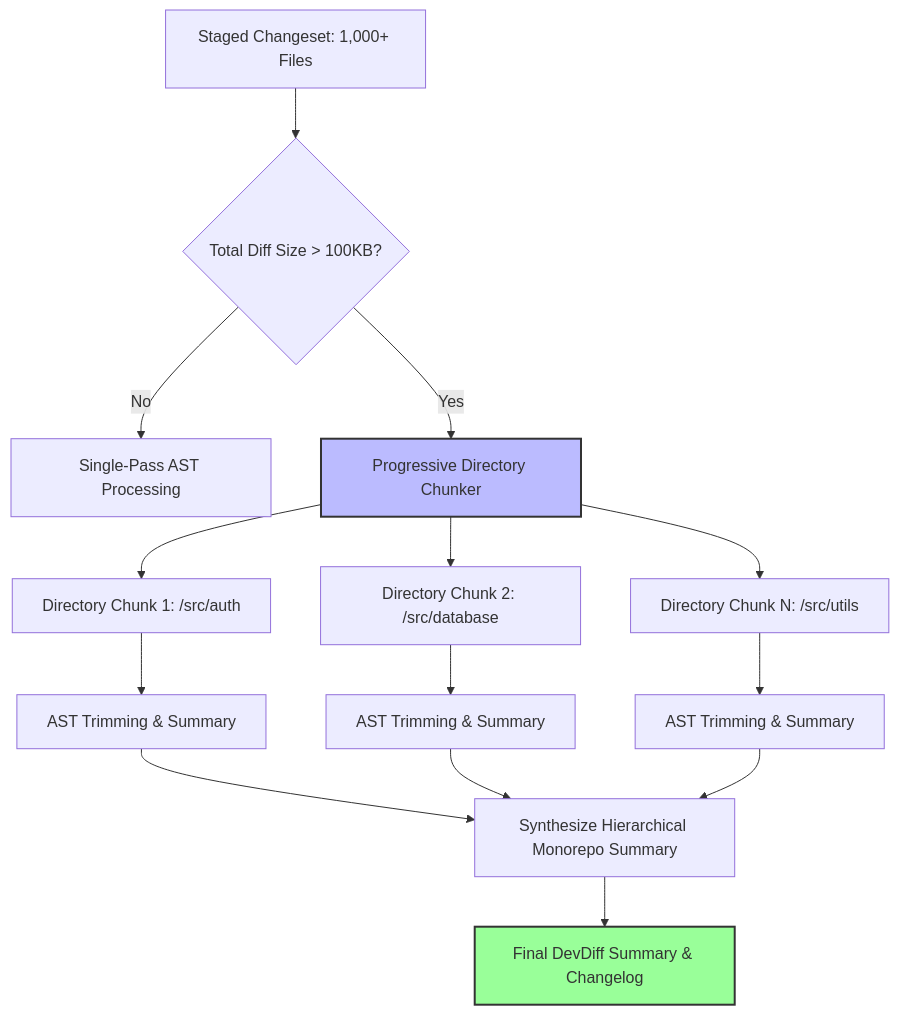
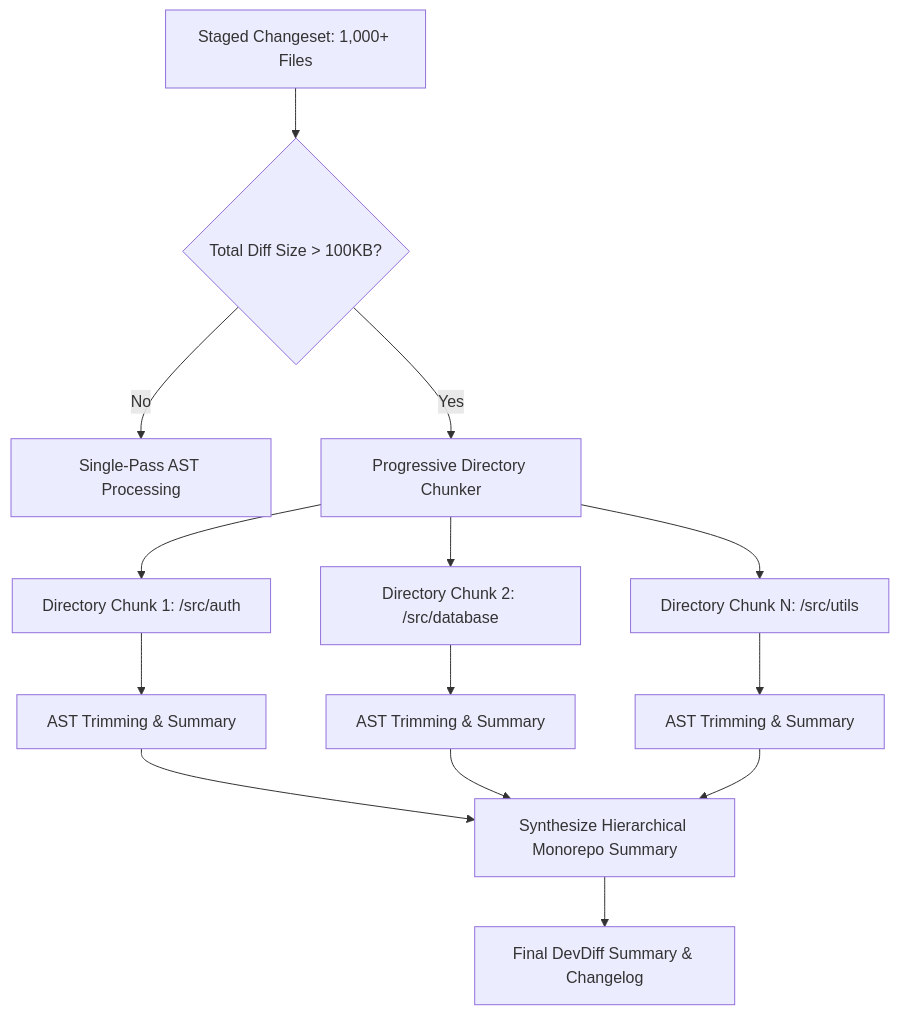
The diagram in docs/stress-testing/large-diff-scenarios.md (EldrexDelosReyesBula/DevDiff), drawn with Mermaid before and after one commit. The commit also changed other lines of this file and 187 other files, not shown here.

First line of the commit message:
release: v1.8.0 — multi-registry distribution, plugin architecture & documentation overhaul

````diff
--- a/docs/stress-testing/large-diff-scenarios.md
+++ b/docs/stress-testing/large-diff-scenarios.md
@@ -11,23 +11,20 @@
 ```mermaid
 flowchart TD
     RawDiff[Staged Changeset: 1,000+ Files] --> Inspect{Total Diff Size > 100KB?}
     Inspect -->|No| FastPath[Single-Pass AST Processing]
     Inspect -->|Yes| Chunker[Progressive Directory Chunker]
 
     Chunker --> Group1[Directory Chunk 1: /src/auth]
     Chunker --> Group2[Directory Chunk 2: /src/database]
     Chunker --> Group3[Directory Chunk N: /src/utils]
 
     Group1 --> Process1[AST Trimming & Summary]
     Group2 --> Process2[AST Trimming & Summary]
     Group3 --> Process3[AST Trimming & Summary]
 
     Process1 --> Synthesize[Synthesize Hierarchical Monorepo Summary]
     Process2 --> Synthesize
     Process3 --> Synthesize
 
     Synthesize --> FinalReport[Final DevDiff Summary & Changelog]
-
-    style Chunker fill:#bbf,stroke:#333,stroke-width:2px
-    style FinalReport fill:#9f9,stroke:#333,stroke-width:2px
 ```
````
